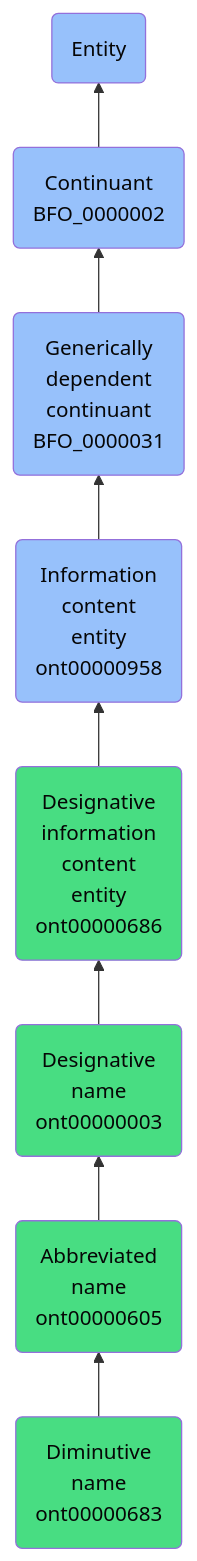
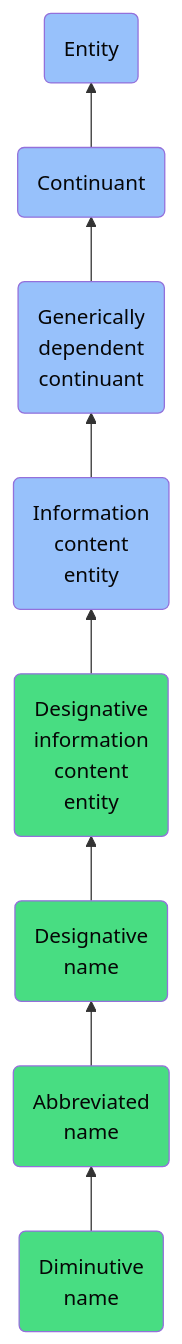
The diagram in docs/ontology/reference/model/Entity/Continuant/Generically dependent continuant/Information content entity/Designative information content entity/Designative name/Abbreviated name/Diminutive name/Diminutive name.md (jupyter-naas/abi), drawn with Mermaid before and after one commit. The commit also changed other lines of this file and 1430 other files, not shown here.

````diff
--- a/docs/ontology/reference/model/Entity/Continuant/Generically dependent continuant/Information content entity/Designative information content entity/Designative name/Abbreviated name/Diminutive name/Diminutive name.md
+++ b/docs/ontology/reference/model/Entity/Continuant/Generically dependent continuant/Information content entity/Designative information content entity/Designative name/Abbreviated name/Diminutive name/Diminutive name.md
@@ -24,15 +24,15 @@
 ```mermaid
 graph BT
-    ont00000683(Diminutive<br>name<br>ont00000683):::ABI-->ont00000605
-    ont00000605(Abbreviated<br>name<br>ont00000605):::ABI-->ont00000003
-    ont00000003(Designative<br>name<br>ont00000003):::ABI-->ont00000686
-    ont00000686(Designative<br>information<br>content<br>entity<br>ont00000686):::ABI-->ont00000958
-    ont00000958(Information<br>content<br>entity<br>ont00000958):::BFO-->BFO_0000031
-    BFO_0000031(Generically<br>dependent<br>continuant<br>BFO_0000031):::BFO-->BFO_0000002
-    BFO_0000002(Continuant<br>BFO_0000002):::BFO-->BFO_0000001
+    ont00000683(Diminutive<br>name):::ABI-->ont00000605
+    ont00000605(Abbreviated<br>name):::ABI-->ont00000003
+    ont00000003(Designative<br>name):::ABI-->ont00000686
+    ont00000686(Designative<br>information<br>content<br>entity):::ABI-->ont00000958
+    ont00000958(Information<br>content<br>entity):::BFO-->BFO_0000031
+    BFO_0000031(Generically<br>dependent<br>continuant):::BFO-->BFO_0000002
+    BFO_0000002(Continuant):::BFO-->BFO_0000001
     BFO_0000001(Entity):::BFO
     
     classDef BFO fill:#97c1fb,color:#060606
     classDef CCO fill:#e4c51e,color:#060606
     classDef ABI fill:#48DD82,color:#060606
 ```
````
